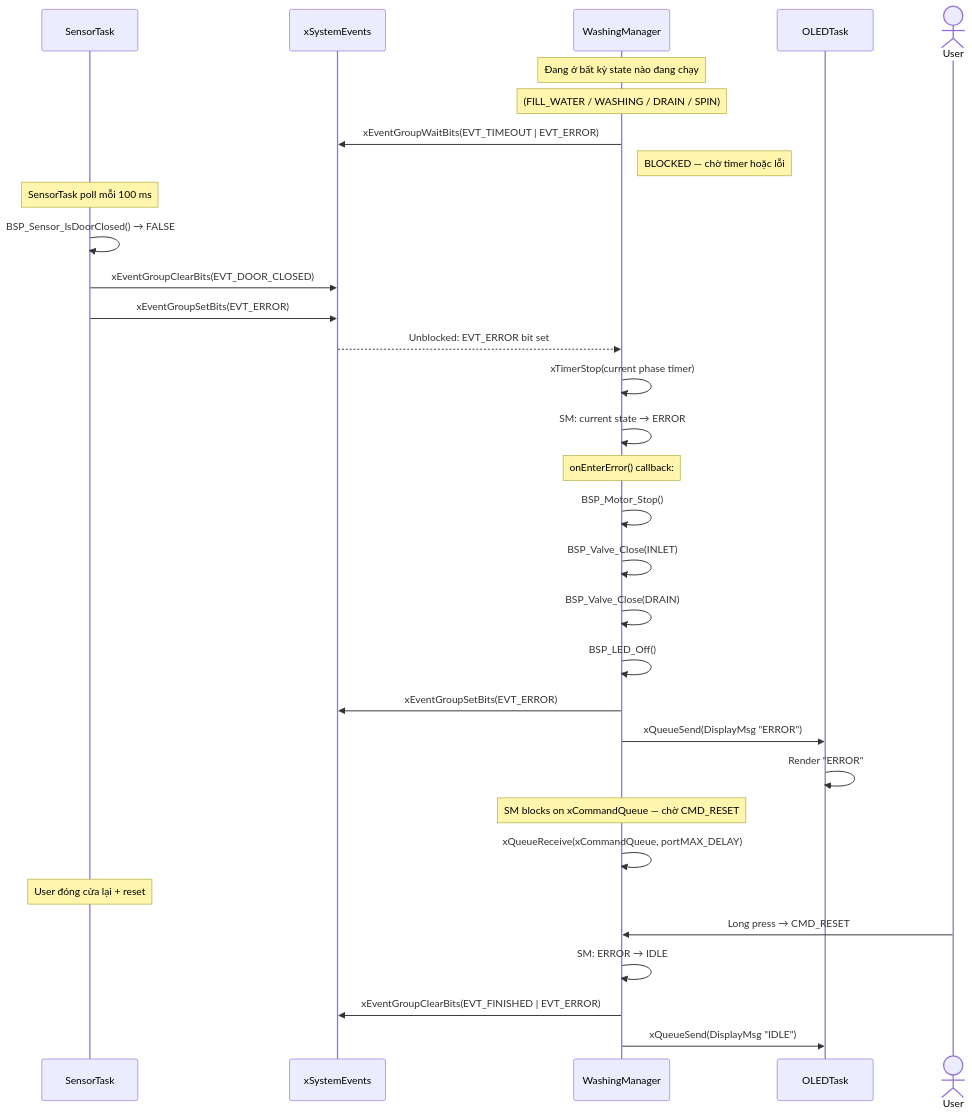
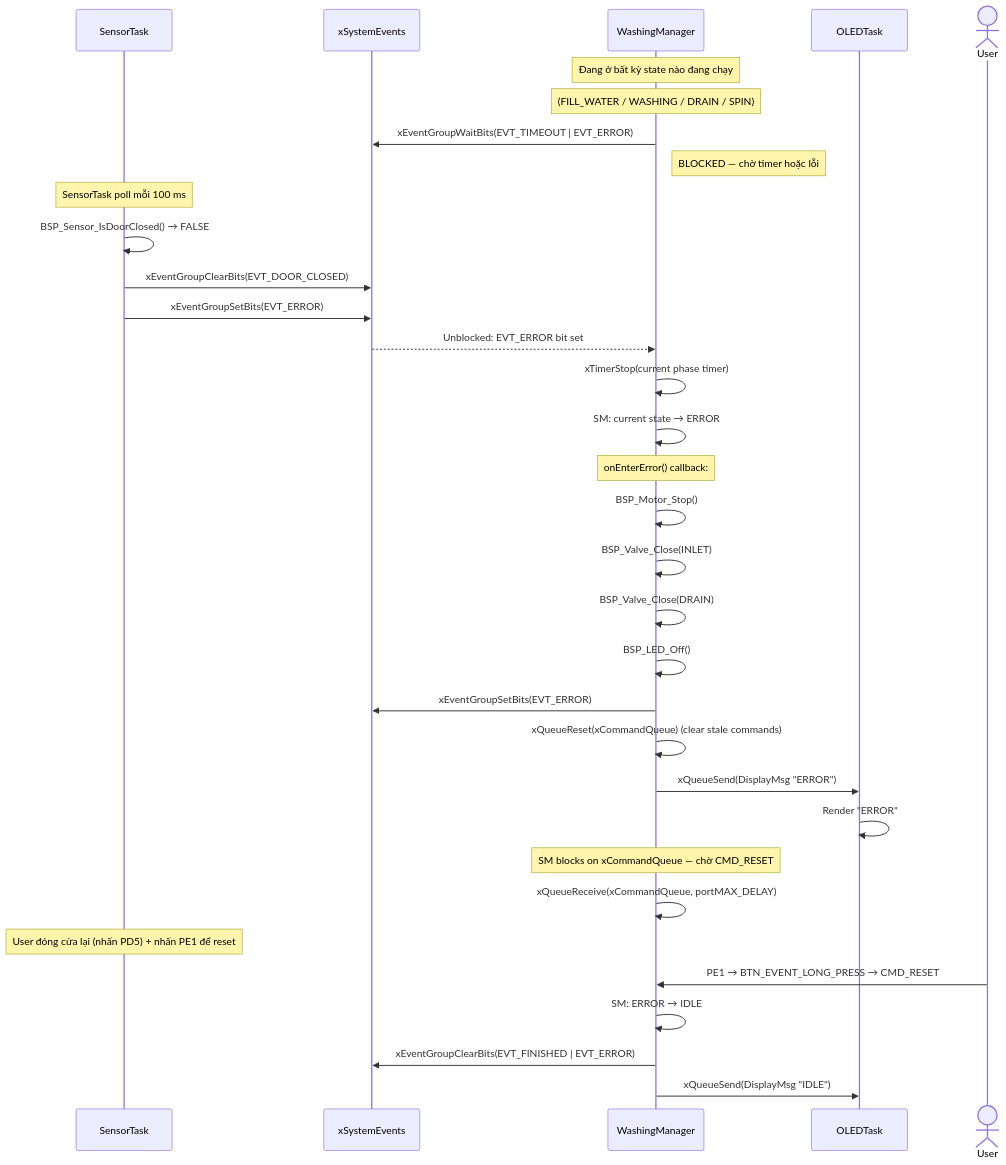
One commit to TTonyVi/Freertos_ST changed the fifth of 9 diagrams in docs/SYSTEM_DIAGRAMS.md. Above: the diagram before and after it, drawn with Mermaid. The commit also changed other lines of this file and 15 other files, not shown here.

````diff
--- a/docs/SYSTEM_DIAGRAMS.md
+++ b/docs/SYSTEM_DIAGRAMS.md
@@ -266,40 +283,41 @@
 ```mermaid
 sequenceDiagram
     participant SENS as SensorTask
     participant EG   as xSystemEvents
     participant WASH as WashingManager
     participant OLED as OLEDTask
 
     Note over WASH: Đang ở bất kỳ state nào đang chạy
     Note over WASH: (FILL_WATER / WASHING / DRAIN / SPIN)
     WASH->>EG: xEventGroupWaitBits(EVT_TIMEOUT | EVT_ERROR)
     Note right of WASH: BLOCKED — chờ timer hoặc lỗi
 
     Note over SENS: SensorTask poll mỗi 100 ms
     SENS->>SENS: BSP_Sensor_IsDoorClosed() → FALSE
     SENS->>EG: xEventGroupClearBits(EVT_DOOR_CLOSED)
     SENS->>EG: xEventGroupSetBits(EVT_ERROR)
 
     EG-->>WASH: Unblocked: EVT_ERROR bit set
     WASH->>WASH: xTimerStop(current phase timer)
     WASH->>WASH: SM: current state → ERROR
 
     Note over WASH: onEnterError() callback:
     WASH->>WASH: BSP_Motor_Stop()
     WASH->>WASH: BSP_Valve_Close(INLET)
     WASH->>WASH: BSP_Valve_Close(DRAIN)
     WASH->>WASH: BSP_LED_Off()
     WASH->>EG: xEventGroupSetBits(EVT_ERROR)
+    WASH->>WASH: xQueueReset(xCommandQueue) (clear stale commands)
     WASH->>OLED: xQueueSend(DisplayMsg "ERROR")
     OLED->>OLED: Render "ERROR"
 
     Note over WASH: SM blocks on xCommandQueue — chờ CMD_RESET
     WASH->>WASH: xQueueReceive(xCommandQueue, portMAX_DELAY)
 
-    Note over SENS: User đóng cửa lại + reset
+    Note over SENS: User đóng cửa lại (nhấn PD5) + nhấn PE1 để reset
     actor User
-    User->>WASH: Long press → CMD_RESET
+    User->>WASH: PE1 → BTN_EVENT_LONG_PRESS → CMD_RESET
     WASH->>WASH: SM: ERROR → IDLE
     WASH->>EG: xEventGroupClearBits(EVT_FINISHED | EVT_ERROR)
     WASH->>OLED: xQueueSend(DisplayMsg "IDLE")
 ```
````
